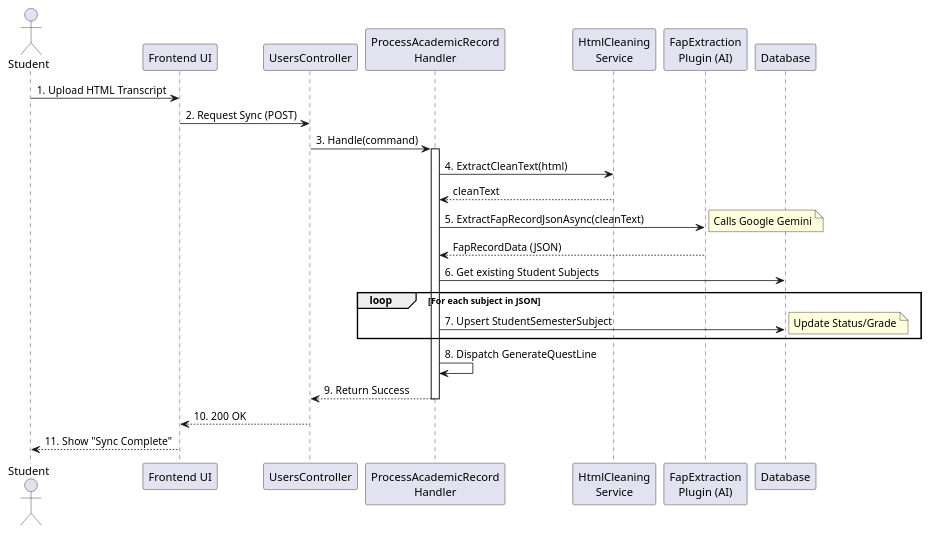
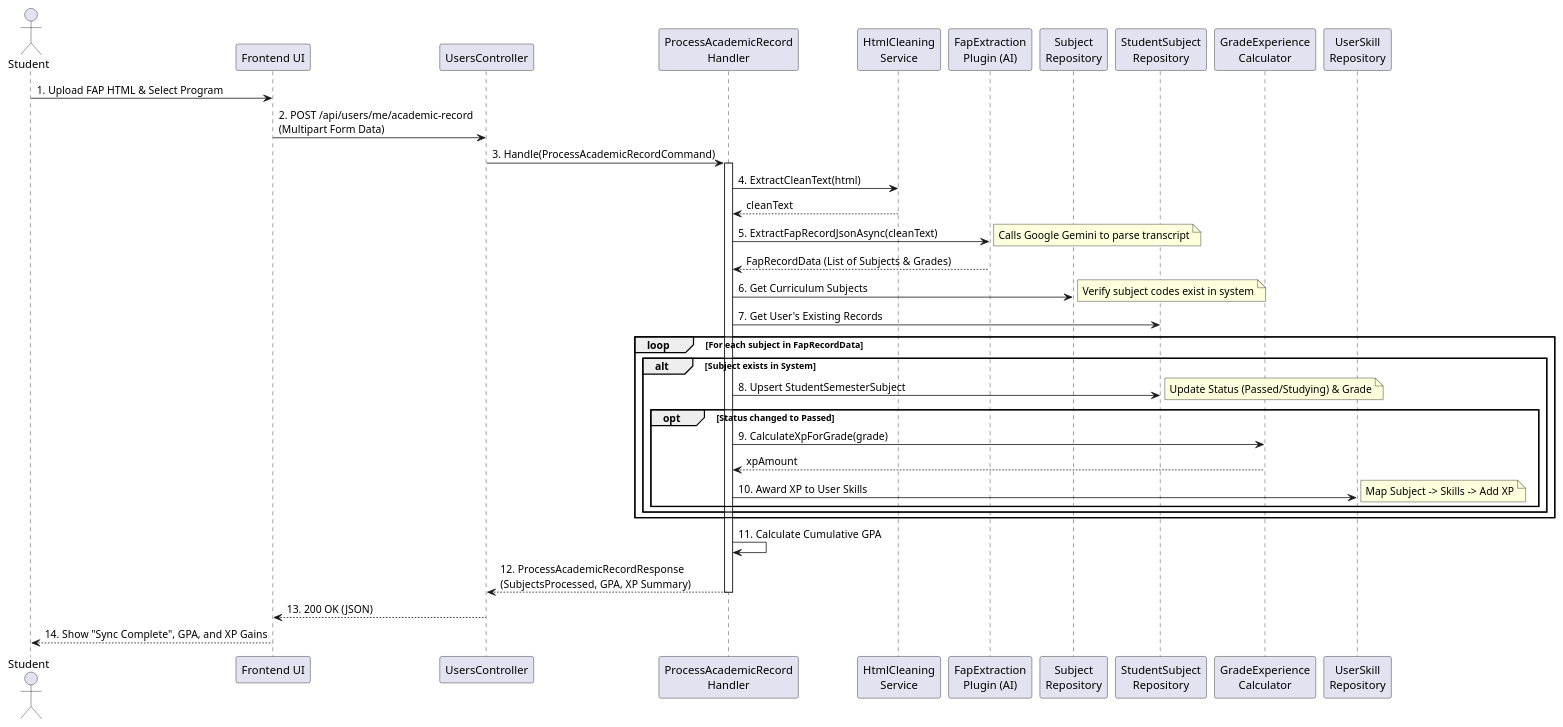
One commit to FA25SE050-RogueLearn/RogueLearn.BMAD.Documentation changed the diagram in docs/srs/diagrams/sequence-diagram/user-progress-statistic/process-academic-record.puml. Above: the diagram before and after it, drawn with PlantUML. The commit also changed other lines of this file and 13 other files, not shown here.

```diff
--- a/docs/srs/diagrams/sequence-diagram/user-progress-statistic/process-academic-record.puml
+++ b/docs/srs/diagrams/sequence-diagram/user-progress-statistic/process-academic-record.puml
@@ -2,36 +1,52 @@
 @startuml
 actor Student
 participant "Frontend UI" as UI
 participant "UsersController" as Controller
 participant "ProcessAcademicRecord\nHandler" as Handler
 participant "HtmlCleaning\nService" as Cleaner
 participant "FapExtraction\nPlugin (AI)" as AI
-participant "Database" as DB
+participant "Subject\nRepository" as SubRepo
+participant "StudentSubject\nRepository" as StuSubRepo
+participant "GradeExperience\nCalculator" as GpaCalc
+participant "UserSkill\nRepository" as SkillRepo
 
-Student -> UI : 1. Upload HTML Transcript
-UI -> Controller : 2. Request Sync (POST)
-Controller -> Handler : 3. Handle(command)
+Student -> UI : 1. Upload FAP HTML & Select Program
+UI -> Controller : 2. POST /api/users/me/academic-record\n(Multipart Form Data)
+Controller -> Handler : 3. Handle(ProcessAcademicRecordCommand)
 
 activate Handler
     Handler -> Cleaner : 4. ExtractCleanText(html)
     Cleaner --> Handler : cleanText
 
     Handler -> AI : 5. ExtractFapRecordJsonAsync(cleanText)
-    note right: Calls Google Gemini
-    AI --> Handler : FapRecordData (JSON)
+    note right: Calls Google Gemini to parse transcript
+    AI --> Handler : FapRecordData (List of Subjects & Grades)
 
-    Handler -> DB : 6. Get existing Student Subjects
-    
-    loop For each subject in JSON
-        Handler -> DB : 7. Upsert StudentSemesterSubject
-        note right: Update Status/Grade
+    Handler -> SubRepo : 6. Get Curriculum Subjects
+    note right: Verify subject codes exist in system
+
+    Handler -> StuSubRepo : 7. Get User's Existing Records
+
+    loop For each subject in FapRecordData
+        alt Subject exists in System
+            Handler -> StuSubRepo : 8. Upsert StudentSemesterSubject
+            note right: Update Status (Passed/Studying) & Grade
+            
+            opt Status changed to Passed
+                Handler -> GpaCalc : 9. CalculateXpForGrade(grade)
+                GpaCalc --> Handler : xpAmount
+                
+                Handler -> SkillRepo : 10. Award XP to User Skills
+                note right: Map Subject -> Skills -> Add XP
+            end
+        end
     end
 
-    Handler -> Handler : 8. Dispatch GenerateQuestLine
+    Handler -> Handler : 11. Calculate Cumulative GPA
     
-    Handler --> Controller : 9. Return Success
+    Handler --> Controller : 12. ProcessAcademicRecordResponse\n(SubjectsProcessed, GPA, XP Summary)
 deactivate Handler
 
-Controller --> UI : 10. 200 OK
-UI --> Student : 11. Show "Sync Complete"
+Controller --> UI : 13. 200 OK (JSON)
+UI --> Student : 14. Show "Sync Complete", GPA, and XP Gains
 @enduml
```
